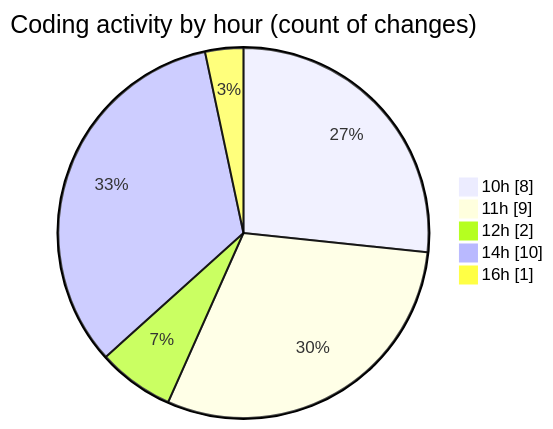
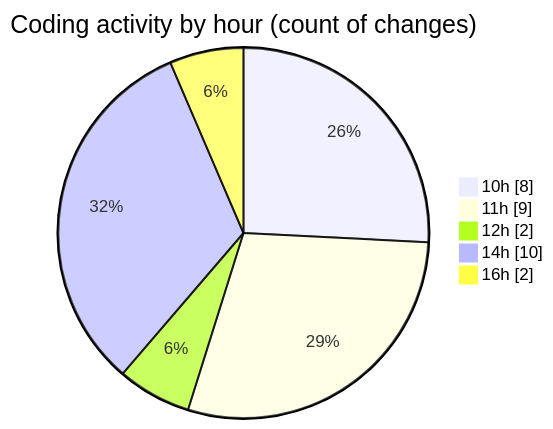
Before and after one commit to igalym/code-tracking: the second of 2 diagrams in 2025-12-30/budget_front_nest/README.md, drawn with Mermaid. The commit also changed other lines of this file and 1 other file, not shown here.

````diff
--- a/2025-12-30/budget_front_nest/README.md
+++ b/2025-12-30/budget_front_nest/README.md
@@ -44,9 +44,9 @@
 ```mermaid
 pie showData
 title Coding activity by hour (count of changes)
 "10h" : 8
 "11h" : 9
 "12h" : 2
 "14h" : 10
-"16h" : 1
+"16h" : 2
 ```
````
